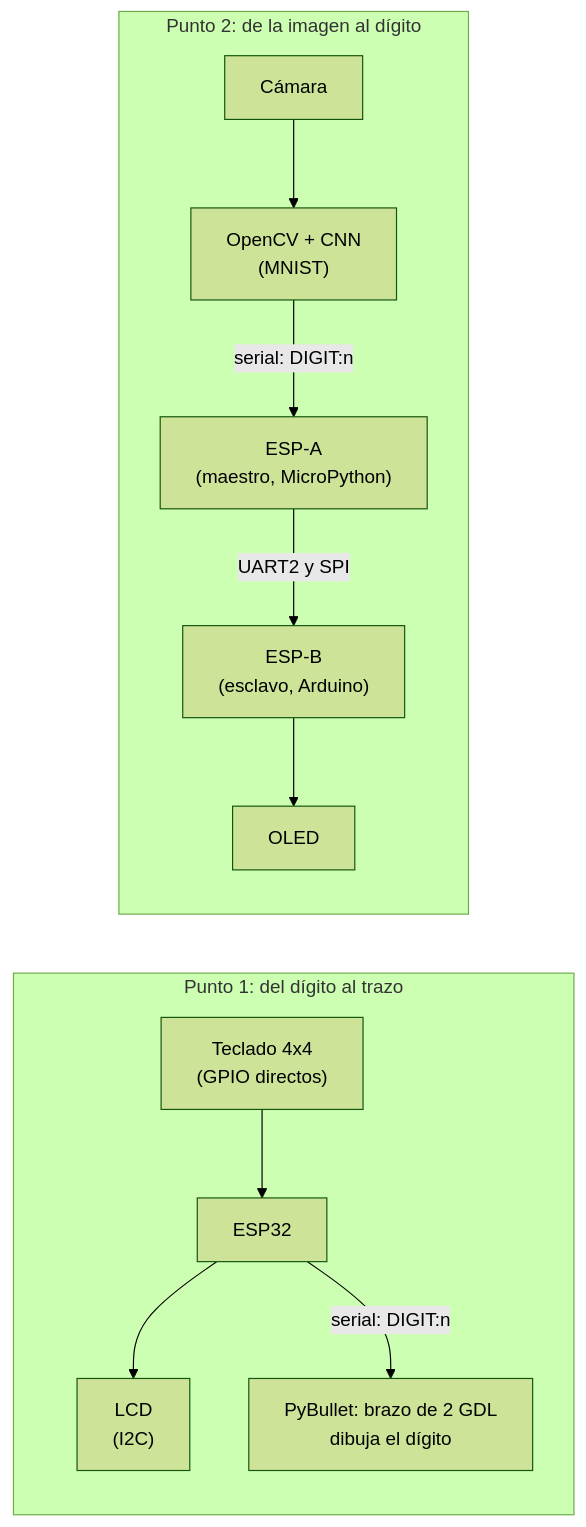
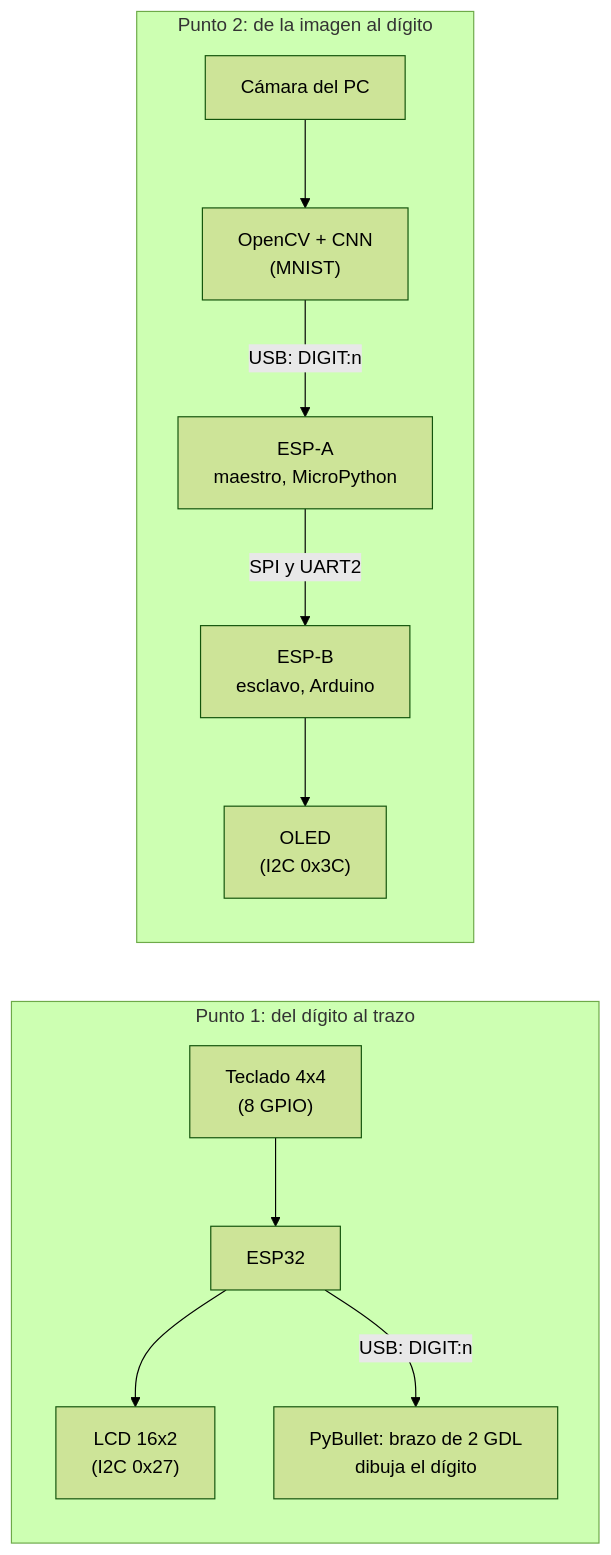
The diagram in 8-digitos-brazo-y-vision/README.md (Dathinel/Sensores-Teoria), drawn with Mermaid (forest theme) before and after one commit. The commit also changed other lines of this file and 154 other files, not shown here.

````diff
--- a/8-digitos-brazo-y-vision/README.md
+++ b/8-digitos-brazo-y-vision/README.md
@@ -27,11 +22,14 @@
 ```mermaid
 flowchart LR
     subgraph P1["Punto 1: del dígito al trazo"]
-        T["Teclado 4x4<br/>(GPIO directos)"] --> E1["ESP32"] --> L["LCD<br/>(I2C)"]
-        E1 -- "serial: DIGIT:n" --> B["PyBullet: brazo de 2 GDL<br/>dibuja el dígito"]
+        T["Teclado 4x4<br/>(8 GPIO)"] --> E1["ESP32"]
+        E1 --> L["LCD 16x2<br/>(I2C 0x27)"]
+        E1 -- "USB: DIGIT:n" --> B["PyBullet: brazo de 2 GDL<br/>dibuja el dígito"]
     end
     subgraph P2["Punto 2: de la imagen al dígito"]
-        C["Cámara"] --> CNN["OpenCV + CNN<br/>(MNIST)"] -- "serial: DIGIT:n" --> A["ESP-A<br/>(maestro, MicroPython)"]
-        A -- "UART2 y SPI" --> BB["ESP-B<br/>(esclavo, Arduino)"] --> O["OLED"]
+        C["Cámara del PC"] --> CNN["OpenCV + CNN<br/>(MNIST)"]
+        CNN -- "USB: DIGIT:n" --> A["ESP-A<br/>maestro, MicroPython"]
+        A -- "SPI y UART2" --> BB["ESP-B<br/>esclavo, Arduino"]
+        BB --> O["OLED<br/>(I2C 0x3C)"]
     end
 ```
````
